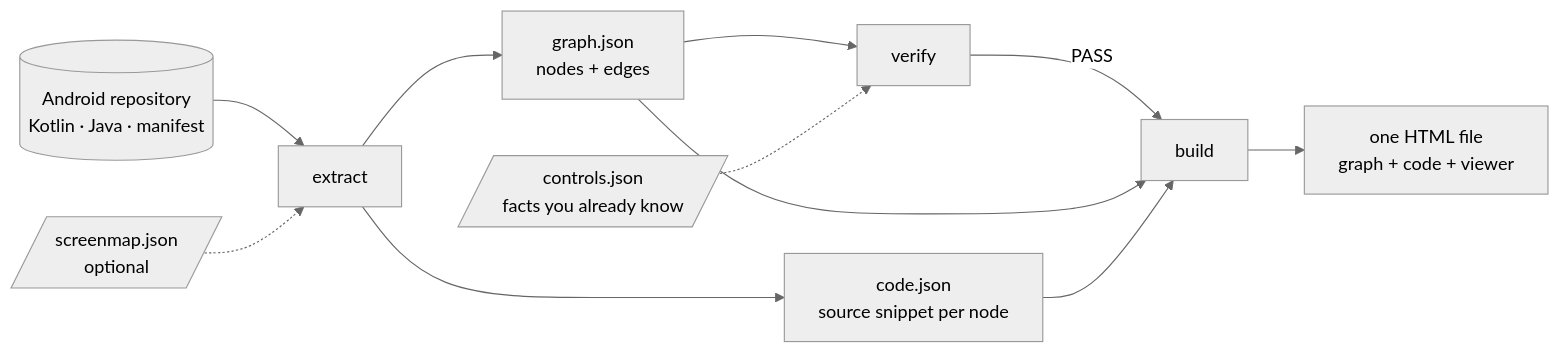
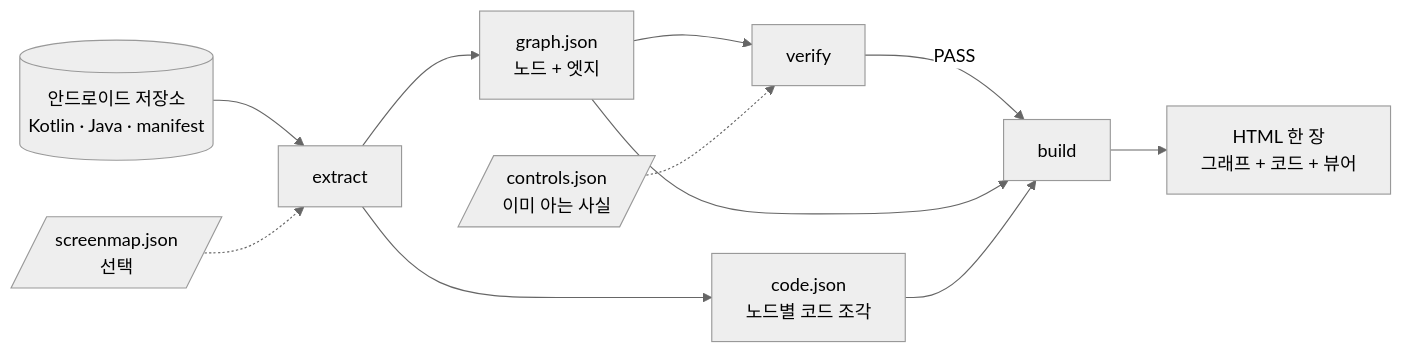
One commit to DevGGyu/AndroidScreenMap changed the first of 3 diagrams in README.md. Above: the diagram before and after it, drawn with Mermaid (neutral theme). The commit also changed other lines of this file and 3 other files, not shown here.

````diff
--- a/README.md
+++ b/README.md
@@ -28,22 +28,22 @@
 ```mermaid
 flowchart LR
-    repo[(Android repository<br/>Kotlin · Java · manifest)]
-    cfg[/screenmap.json<br/>optional/]
+    repo[(안드로이드 저장소<br/>Kotlin · Java · manifest)]
+    cfg[/screenmap.json<br/>선택/]
     extract[extract]
-    gjson[graph.json<br/>nodes + edges]
-    code[code.json<br/>source snippet per node]
+    gjson[graph.json<br/>노드 + 엣지]
+    code[code.json<br/>노드별 코드 조각]
     verify[verify]
-    controls[/controls.json<br/>facts you already know/]
+    controls[/controls.json<br/>이미 아는 사실/]
     build[build]
-    html[one HTML file<br/>graph + code + viewer]
+    html[HTML 한 장<br/>그래프 + 코드 + 뷰어]
     repo --> extract
     cfg -.-> extract
     extract --> gjson
     extract --> code
     gjson --> verify
     controls -.-> verify
     verify -- "PASS" --> build
     gjson --> build
     code --> build
     build --> html
 ```
````
